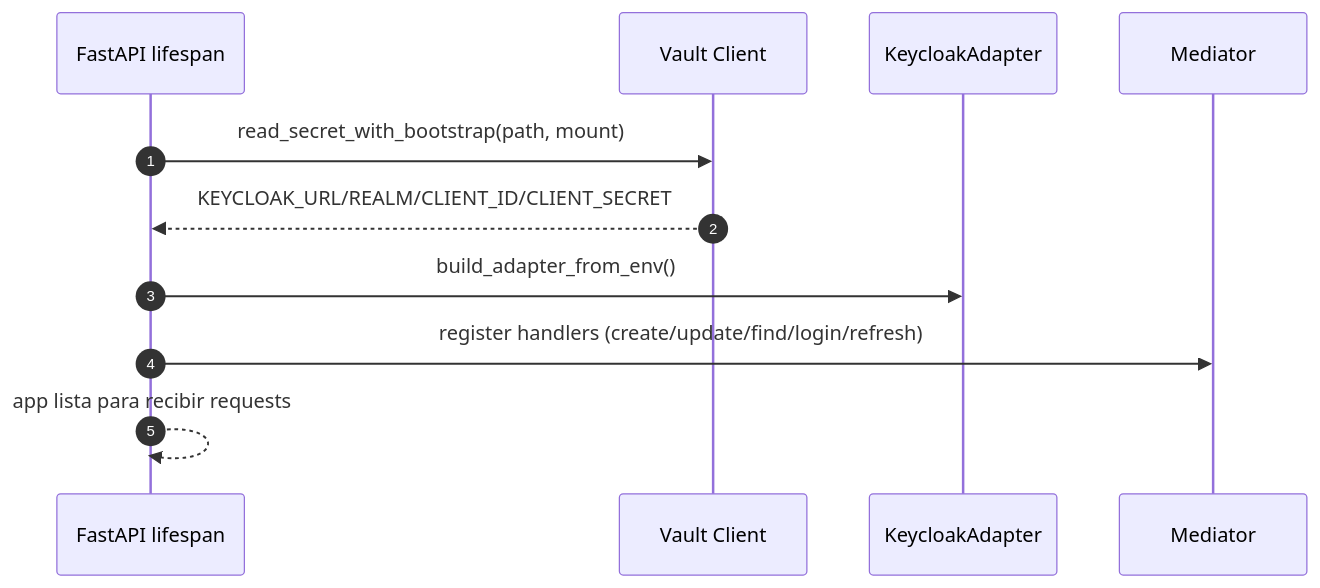
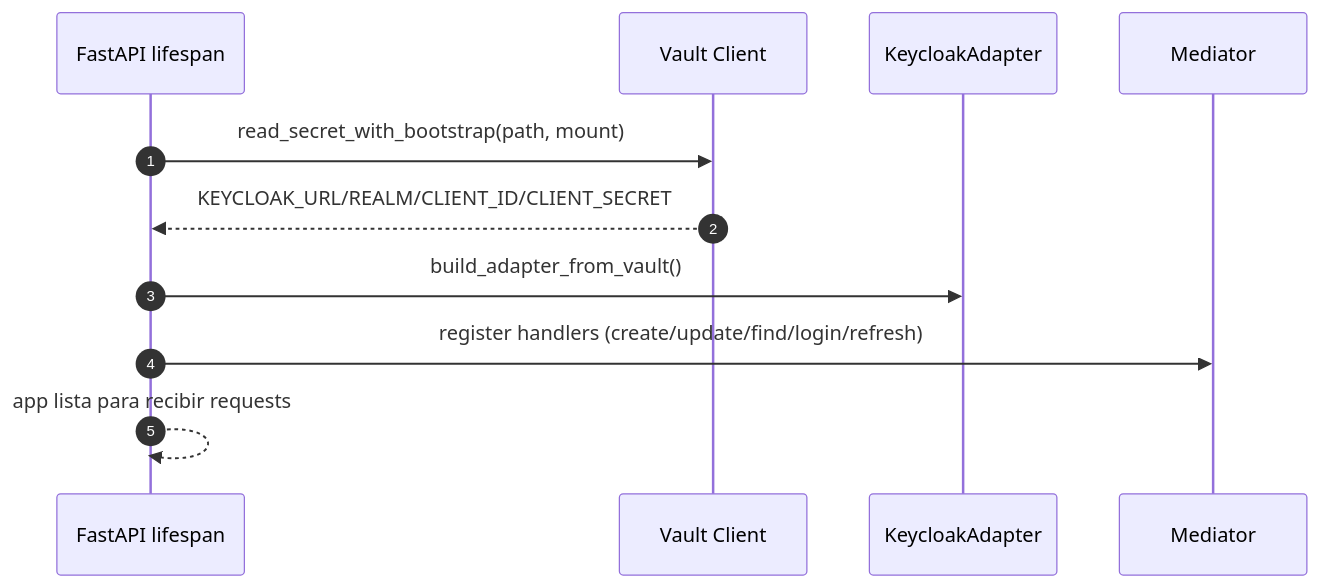
One commit to CCTV-Netcom/Micro_Usuarios changed the third of 3 diagrams in README.md. Above: the diagram before and after it, drawn with Mermaid. The commit also changed 3 other files, not shown here.

````diff
--- a/README.md
+++ b/README.md
@@ -265,14 +265,14 @@
 ```mermaid
 sequenceDiagram
     autonumber
     participant APP as FastAPI lifespan
     participant V as Vault Client
     participant KC as KeycloakAdapter
     participant MED as Mediator
 
     APP->>V: read_secret_with_bootstrap(path, mount)
     V-->>APP: KEYCLOAK_URL/REALM/CLIENT_ID/CLIENT_SECRET
-    APP->>KC: build_adapter_from_env()
+    APP->>KC: build_adapter_from_vault()
     APP->>MED: register handlers (create/update/find/login/refresh)
     APP-->>APP: app lista para recibir requests
 ```
````
